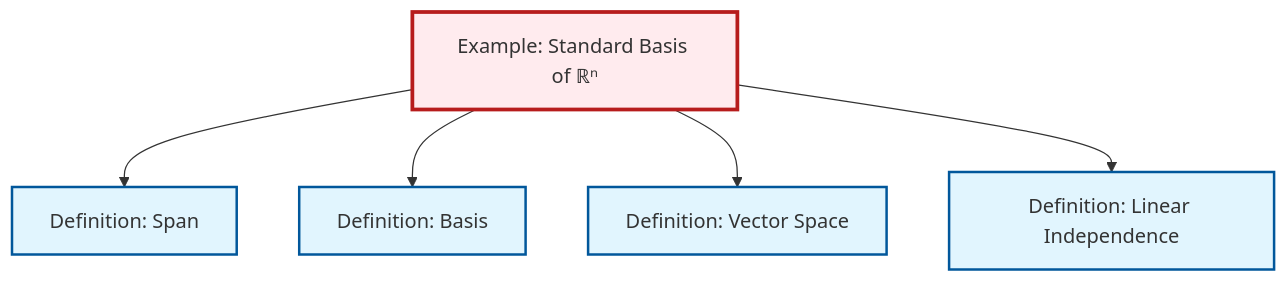
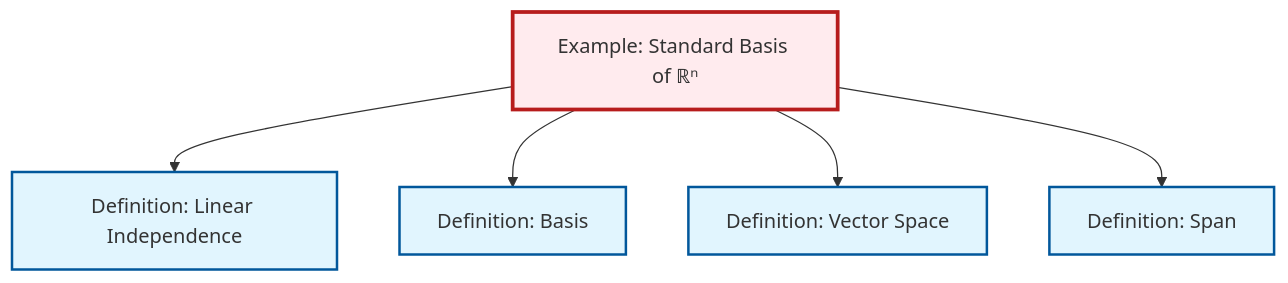
Before and after one commit to RK0429/ModernMath: the diagram in content/ja/algebra/ex-standard-basis-rn.qmd, drawn with Mermaid. The commit also changed other lines of this file and 17 other files, not shown here.

````diff
--- a/content/ja/algebra/ex-standard-basis-rn.qmd
+++ b/content/ja/algebra/ex-standard-basis-rn.qmd
@@ -63,23 +63,23 @@
 ```{mermaid}
 %%| fig-cap: "Local dependency graph"
 graph TD
     classDef definition fill:#e1f5fe,stroke:#01579b,stroke-width:2px
     classDef theorem fill:#f3e5f5,stroke:#4a148c,stroke-width:2px
     classDef axiom fill:#fff3e0,stroke:#e65100,stroke-width:2px
     classDef example fill:#e8f5e9,stroke:#1b5e20,stroke-width:2px
     classDef current fill:#ffebee,stroke:#b71c1c,stroke-width:3px
     def-vector-space["Definition: Vector Space"]:::definition
+    def-basis["Definition: Basis"]:::definition
+    def-linear-independence["Definition: Linear Independence"]:::definition
+    ex-standard-basis-rn["Example: Standard Basis of ℝⁿ"]:::example
     def-span["Definition: Span"]:::definition
-    def-basis["Definition: Basis"]:::definition
-    ex-standard-basis-rn["Example: Standard Basis of ℝⁿ"]:::example
-    def-linear-independence["Definition: Linear Independence"]:::definition
-    ex-standard-basis-rn --> def-span
+    ex-standard-basis-rn --> def-linear-independence
     ex-standard-basis-rn --> def-basis
     ex-standard-basis-rn --> def-vector-space
-    ex-standard-basis-rn --> def-linear-independence
+    ex-standard-basis-rn --> def-span
     class ex-standard-basis-rn current
     click def-vector-space "def-vector-space.html" "Definition: Vector Spaceへ"
-    click def-span "def-span.html" "Definition: Spanへ"
     click def-basis "def-basis.html" "Definition: Basisへ"
     click def-linear-independence "def-linear-independence.html" "Definition: Linear Independenceへ"
+    click def-span "def-span.html" "Definition: Spanへ"
 ```
````
